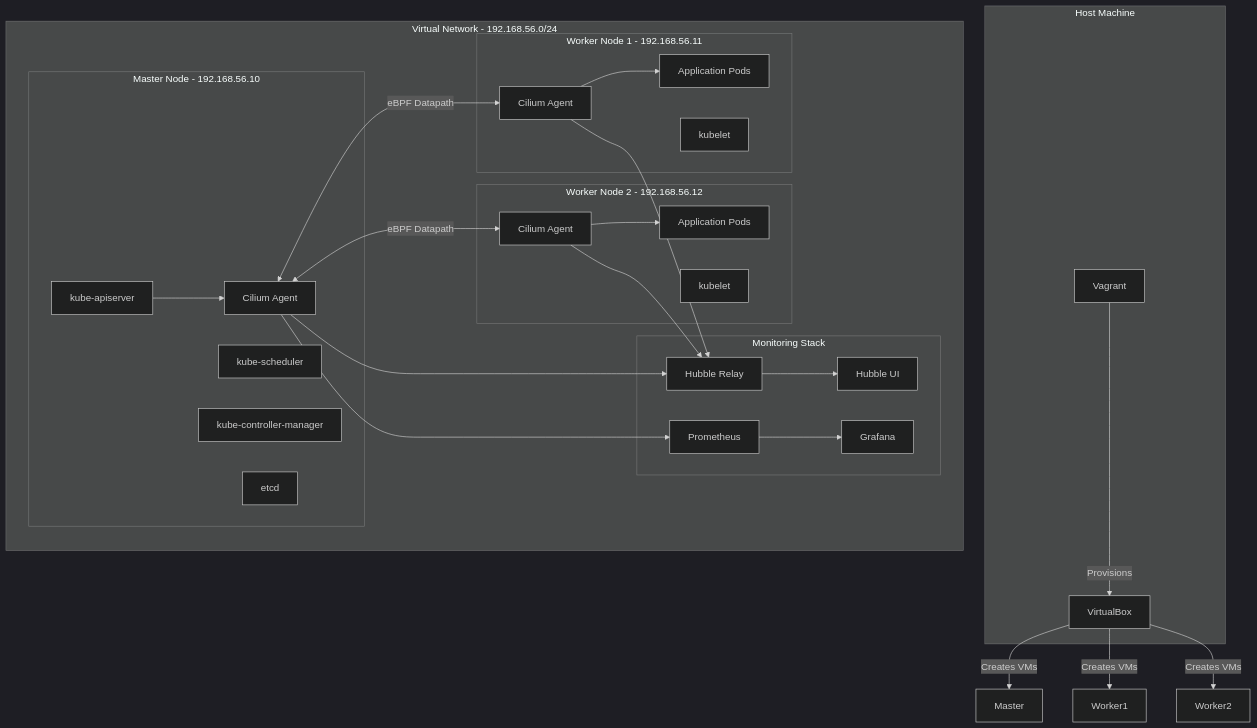
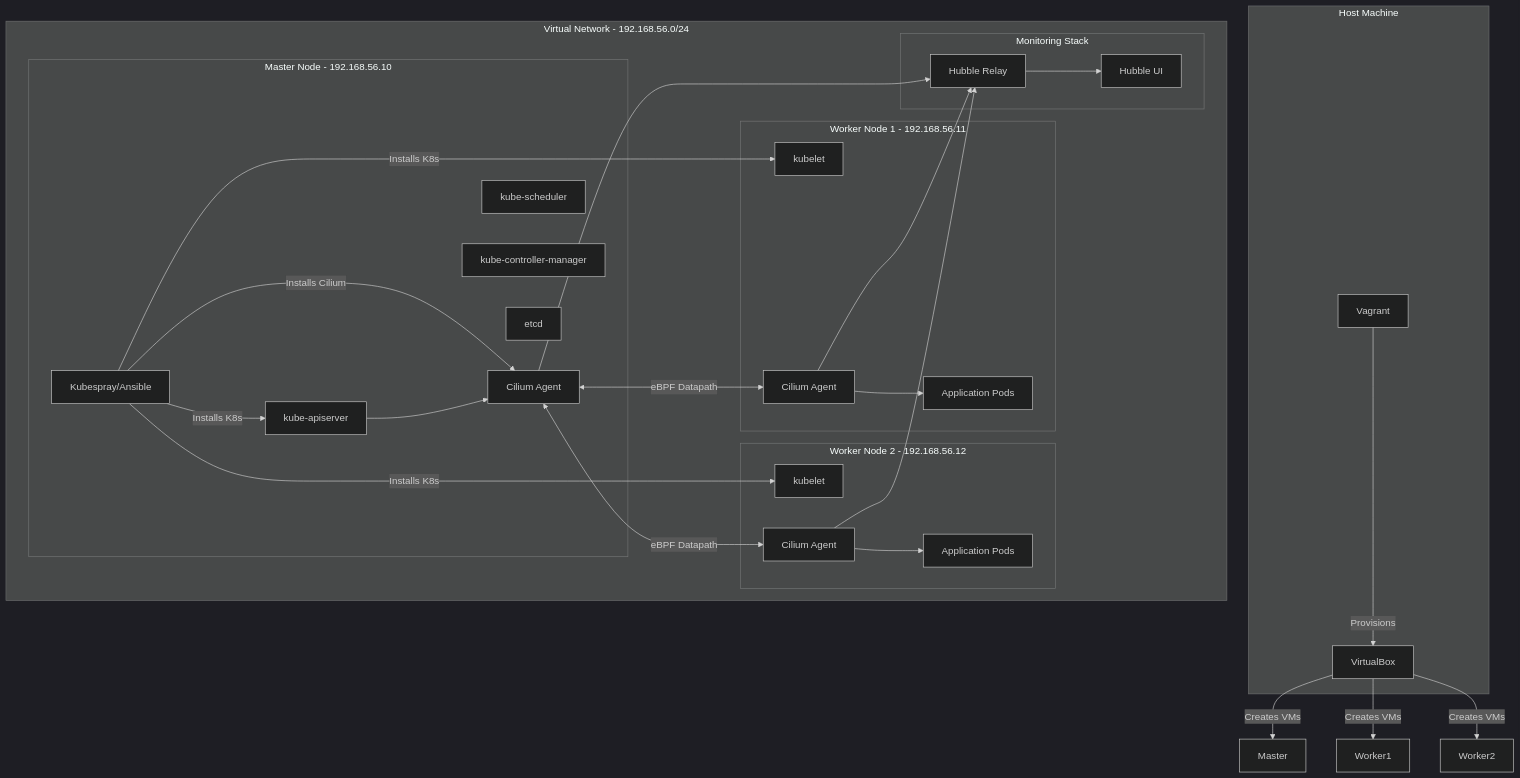
Before and after one commit to zapan1015/kubespray_cilium: the first of 2 diagrams in .kiro/specs/cilium-k8s-cluster-setup/design.md, drawn with Mermaid (dark theme). The commit also changed other lines of this file and 2 other files, not shown here.

Commit message:
Redesign Cilium K8s cluster setup: Ubuntu 24.04, K8s 1.35.1, Cilium 1.18.6 with Kubespray self-contained deployment

````diff
--- a/.kiro/specs/cilium-k8s-cluster-setup/design.md
+++ b/.kiro/specs/cilium-k8s-cluster-setup/design.md
@@ -13,54 +13,56 @@
 ```mermaid
 graph TB
     subgraph "Host Machine"
         VB[VirtualBox]
         VG[Vagrant]
     end
     
     subgraph "Virtual Network - 192.168.56.0/24"
         subgraph "Master Node - 192.168.56.10"
+            KUBESPRAY[Kubespray/Ansible]
             API[kube-apiserver]
             SCHED[kube-scheduler]
             CM[kube-controller-manager]
             ETCD[etcd]
             CILIUM_M[Cilium Agent]
         end
         
         subgraph "Worker Node 1 - 192.168.56.11"
             KUBELET1[kubelet]
             CILIUM_W1[Cilium Agent]
             POD1[Application Pods]
         end
         
         subgraph "Worker Node 2 - 192.168.56.12"
             KUBELET2[kubelet]
             CILIUM_W2[Cilium Agent]
             POD2[Application Pods]
         end
         
         subgraph "Monitoring Stack"
             HUBBLE[Hubble Relay]
             HUBBLE_UI[Hubble UI]
-            PROM[Prometheus]
-            GRAF[Grafana]
         end
     end
     
     VG -->|Provisions| VB
     VB -->|Creates VMs| Master
     VB -->|Creates VMs| Worker1
     VB -->|Creates VMs| Worker2
+    
+    KUBESPRAY -->|Installs K8s| API
+    KUBESPRAY -->|Installs K8s| KUBELET1
+    KUBESPRAY -->|Installs K8s| KUBELET2
+    KUBESPRAY -->|Installs Cilium| CILIUM_M
     
     API --> CILIUM_M
     CILIUM_M <-->|eBPF Datapath| CILIUM_W1
     CILIUM_M <-->|eBPF Datapath| CILIUM_W2
     CILIUM_W1 --> POD1
     CILIUM_W2 --> POD2
     
     CILIUM_M --> HUBBLE
     CILIUM_W1 --> HUBBLE
     CILIUM_W2 --> HUBBLE
     HUBBLE --> HUBBLE_UI
-    CILIUM_M --> PROM
-    PROM --> GRAF
 ```
````
